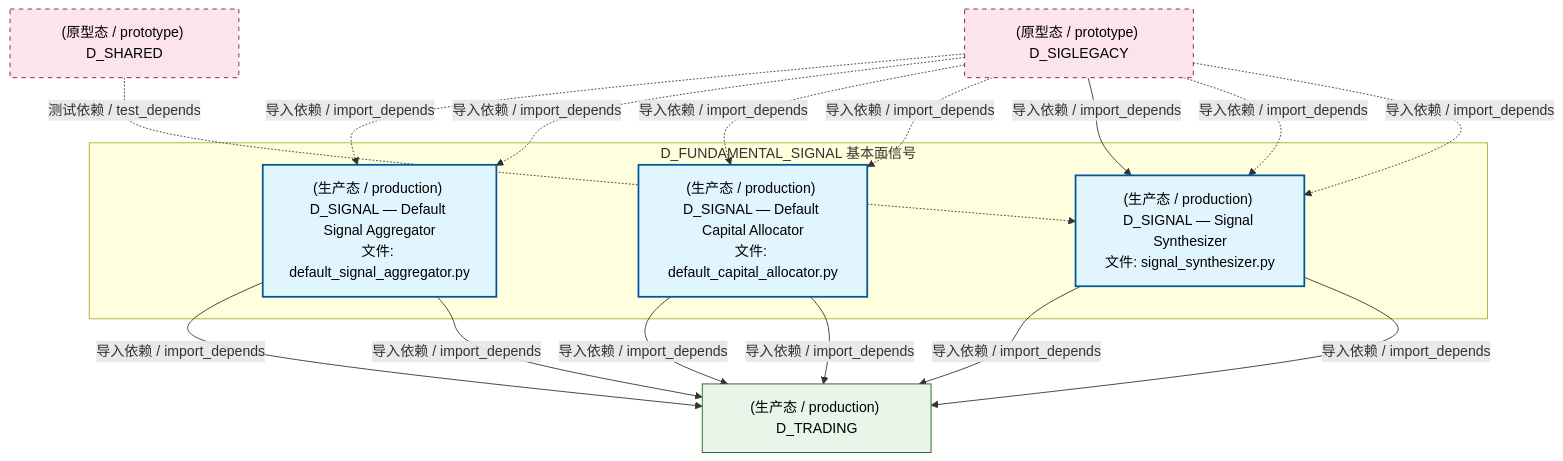
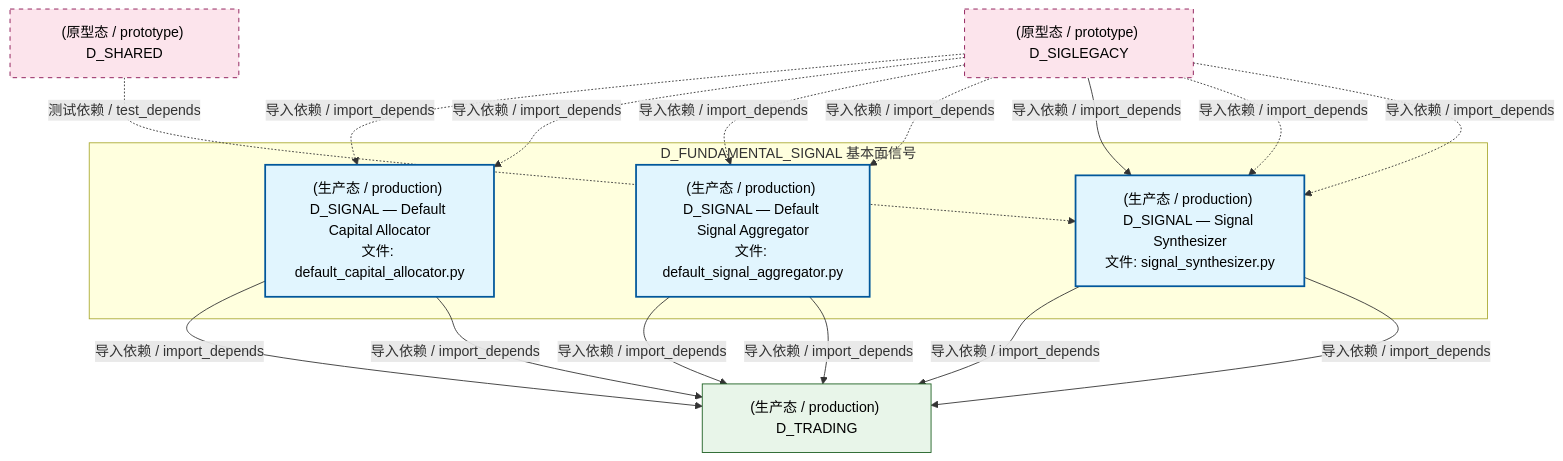
Before and after one commit to xuanFelixVan/ZephyrAlpha: the second of 4 diagrams in docs/02_enterprise_architecture/02_domain_architecture_docs/37_d_fundamental_signal.md, drawn with Mermaid. The commit also changed other lines of this file and 125 other files, not shown here.

````diff
--- a/docs/02_enterprise_architecture/02_domain_architecture_docs/37_d_fundamental_signal.md
+++ b/docs/02_enterprise_architecture/02_domain_architecture_docs/37_d_fundamental_signal.md
@@ -134,32 +134,32 @@
 ```mermaid
 graph TD
     subgraph D_FUNDAMENTAL_SIGNAL["D_FUNDAMENTAL_SIGNAL 基本面信号"]
         src_zephyr_signal_fundamental_gen_implementations_default_signal_aggregator_py["(生产态 / production) D_SIGNAL — Default Signal Aggregator<br/>文件: default_signal_aggregator.py"]
         src_zephyr_signal_fundamental_strategy_implementations_default_capital_allocator_py["(生产态 / production) D_SIGNAL — Default Capital Allocator<br/>文件: default_capital_allocator.py"]
         src_zephyr_signal_fundamental_synth_signal_synthesizer_py["(生产态 / production) D_SIGNAL — Signal Synthesizer<br/>文件: signal_synthesizer.py"]
     end
     D_TRADING["(生产态 / production) D_TRADING"]
     src_zephyr_signal_fundamental_synth_signal_synthesizer_py -->|导入依赖 / import_depends| D_TRADING
     src_zephyr_signal_fundamental_strategy_implementations_default_capital_allocator_py -->|导入依赖 / import_depends| D_TRADING
     src_zephyr_signal_fundamental_synth_signal_synthesizer_py -->|导入依赖 / import_depends| D_TRADING
     src_zephyr_signal_fundamental_gen_implementations_default_signal_aggregator_py -->|导入依赖 / import_depends| D_TRADING
     src_zephyr_signal_fundamental_gen_implementations_default_signal_aggregator_py -->|导入依赖 / import_depends| D_TRADING
     src_zephyr_signal_fundamental_strategy_implementations_default_capital_allocator_py -->|导入依赖 / import_depends| D_TRADING
     D_SIGLEGACY["(原型态 / prototype) D_SIGLEGACY"]
+    D_SIGLEGACY -.->|导入依赖 / import_depends| src_zephyr_signal_fundamental_strategy_implementations_default_capital_allocator_py
+    D_SIGLEGACY -.->|导入依赖 / import_depends| src_zephyr_signal_fundamental_strategy_implementations_default_capital_allocator_py
     D_SIGLEGACY -.->|导入依赖 / import_depends| src_zephyr_signal_fundamental_gen_implementations_default_signal_aggregator_py
     D_SIGLEGACY -.->|导入依赖 / import_depends| src_zephyr_signal_fundamental_gen_implementations_default_signal_aggregator_py
-    D_SIGLEGACY -.->|导入依赖 / import_depends| src_zephyr_signal_fundamental_strategy_implementations_default_capital_allocator_py
-    D_SIGLEGACY -.->|导入依赖 / import_depends| src_zephyr_signal_fundamental_strategy_implementations_default_capital_allocator_py
     D_SIGLEGACY -->|导入依赖 / import_depends| src_zephyr_signal_fundamental_synth_signal_synthesizer_py
     D_SIGLEGACY -.->|导入依赖 / import_depends| src_zephyr_signal_fundamental_synth_signal_synthesizer_py
     D_SIGLEGACY -.->|导入依赖 / import_depends| src_zephyr_signal_fundamental_synth_signal_synthesizer_py
     D_SHARED["(原型态 / prototype) D_SHARED"]
     D_SHARED -.->|测试依赖 / test_depends| src_zephyr_signal_fundamental_synth_signal_synthesizer_py
     classDef production fill:#e1f5fe,stroke:#01579b,stroke-width:2px,color:#000
     classDef design fill:#fff3e0,stroke:#e65100,stroke-width:2px,color:#000,stroke-dasharray: 5 5
     classDef external_prod fill:#e8f5e9,stroke:#1b5e20,stroke-width:1px,color:#000
     classDef external_design fill:#fce4ec,stroke:#880e4f,stroke-width:1px,color:#000,stroke-dasharray: 5 5
     class src_zephyr_signal_fundamental_gen_implementations_default_signal_aggregator_py,src_zephyr_signal_fundamental_strategy_implementations_default_capital_allocator_py,src_zephyr_signal_fundamental_synth_signal_synthesizer_py production
     class D_TRADING external_prod
     class D_SIGLEGACY,D_SHARED external_design
 ```
````
